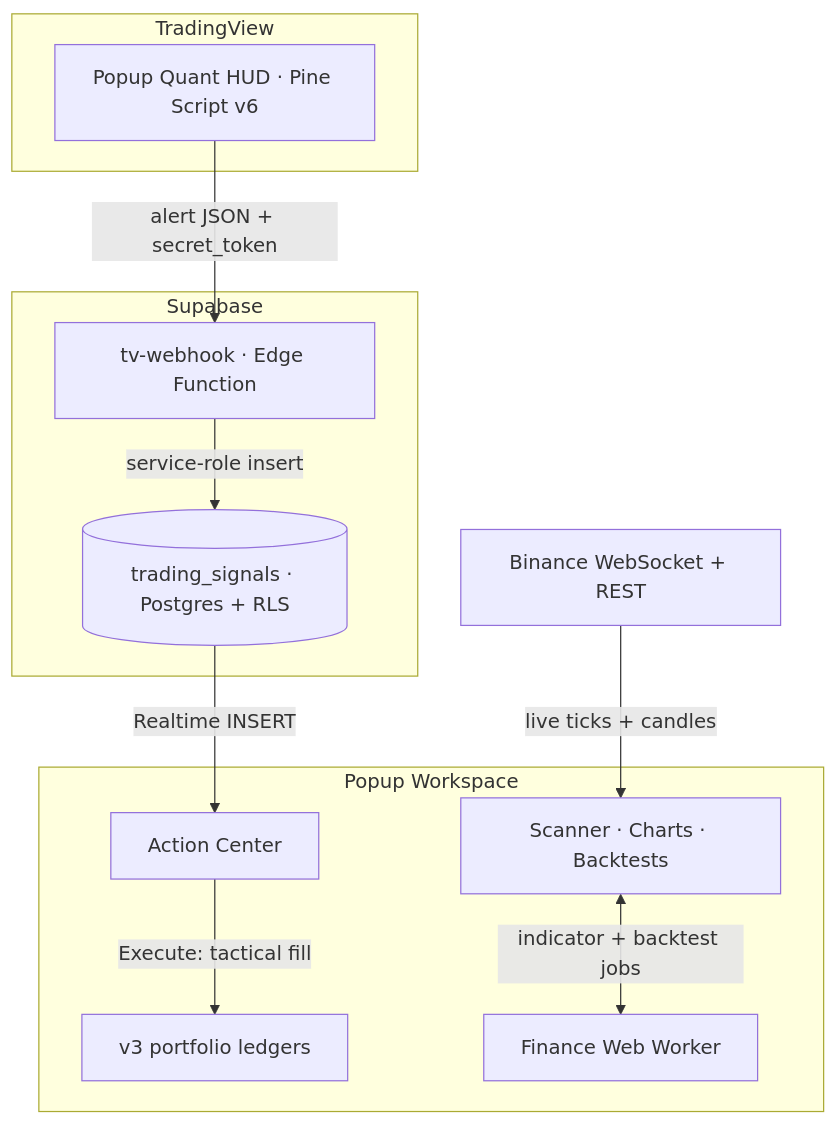
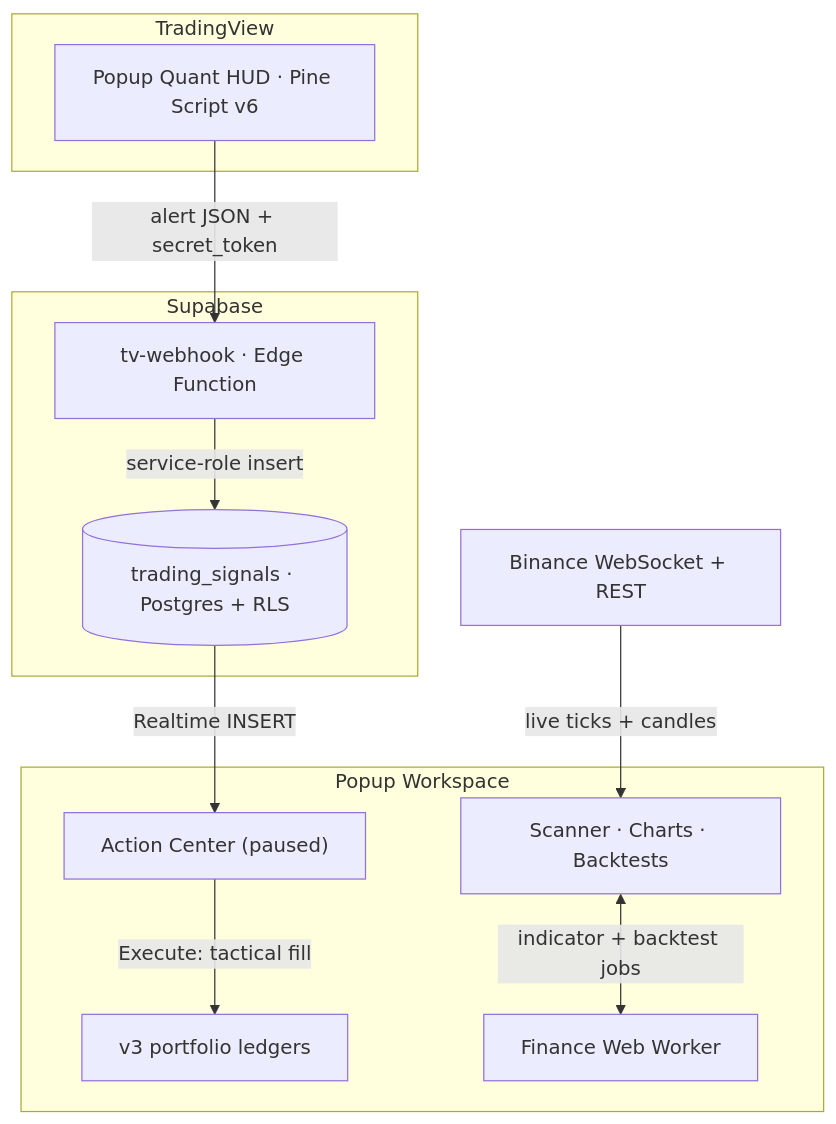
The diagram in docs/WORKSPACE_GUIDE.md (blackhebrewisraeli/Popup), drawn with Mermaid before and after one commit. The commit also changed other lines of this file and 15 other files, not shown here.

````diff
--- a/docs/WORKSPACE_GUIDE.md
+++ b/docs/WORKSPACE_GUIDE.md
@@ -19,27 +19,27 @@
 ```mermaid
 flowchart TB
     subgraph TV["TradingView"]
         HUD["Popup Quant HUD · Pine Script v6"]
     end
 
     subgraph SB["Supabase"]
         FN["tv-webhook · Edge Function"]
         DB[("trading_signals · Postgres + RLS")]
     end
 
     subgraph APP["Popup Workspace"]
-        AC["Action Center"]
+        AC["Action Center (paused)"]
         LEDGER["v3 portfolio ledgers"]
         WORKER["Finance Web Worker"]
         UI["Scanner · Charts · Backtests"]
     end
 
     BIN["Binance WebSocket + REST"]
 
     HUD -- "alert JSON + secret_token" --> FN
     FN -- "service-role insert" --> DB
     DB -- "Realtime INSERT" --> AC
     AC -- "Execute: tactical fill" --> LEDGER
     BIN -- "live ticks + candles" --> UI
     UI <-- "indicator + backtest jobs" --> WORKER
 ```
````
